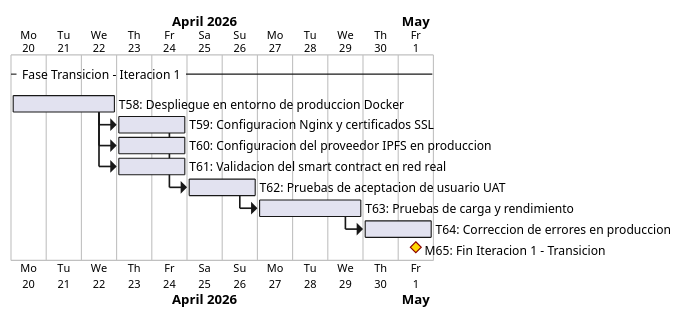
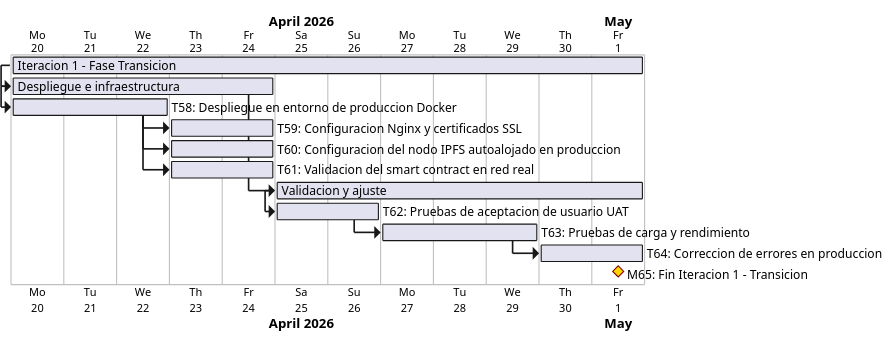
One commit to ErDeivih/DocumentChain changed the diagram in anexos/diagramas/gantt-trans1.puml. Above: the diagram before and after it, drawn with PlantUML. The commit also changed 214 other files, not shown here.

```diff
--- a/anexos/diagramas/gantt-trans1.puml
+++ b/anexos/diagramas/gantt-trans1.puml
@@ -1,19 +1,30 @@
 @startgantt
 skinparam backgroundColor White
-printscale daily zoom 2
+printscale daily zoom 3
 Project starts 2026-04-20
 
--- Fase Transicion - Iteracion 1 --
+[Iteracion 1 - Fase Transicion] lasts 12 days
+
+[Despliegue e infraestructura] lasts 5 days
+[Despliegue e infraestructura] starts at [Iteracion 1 - Fase Transicion]'s start
 [T58: Despliegue en entorno de produccion Docker] lasts 3 days
-then [T59: Configuracion Nginx y certificados SSL] lasts 2 days
-[T60: Configuracion del proveedor IPFS en produccion] lasts 2 days
-[T60: Configuracion del proveedor IPFS en produccion] starts at [T58: Despliegue en entorno de produccion Docker]'s end
+[T58: Despliegue en entorno de produccion Docker] starts at [Despliegue e infraestructura]'s start
+[T59: Configuracion Nginx y certificados SSL] lasts 2 days
+[T59: Configuracion Nginx y certificados SSL] starts at [T58: Despliegue en entorno de produccion Docker]'s end
+[T60: Configuracion del nodo IPFS autoalojado en produccion] lasts 2 days
+[T60: Configuracion del nodo IPFS autoalojado en produccion] starts at [T58: Despliegue en entorno de produccion Docker]'s end
 [T61: Validacion del smart contract en red real] lasts 2 days
 [T61: Validacion del smart contract en red real] starts at [T58: Despliegue en entorno de produccion Docker]'s end
+
+[Validacion y ajuste] lasts 7 days
+[Validacion y ajuste] starts at [Despliegue e infraestructura]'s end
 [T62: Pruebas de aceptacion de usuario UAT] lasts 2 days
-[T62: Pruebas de aceptacion de usuario UAT] starts at [T59: Configuracion Nginx y certificados SSL]'s end
-then [T63: Pruebas de carga y rendimiento] lasts 3 days
-then [T64: Correccion de errores en produccion] lasts 2 days
-[M65: Fin Iteracion 1 - Transicion] happens at [T64: Correccion de errores en produccion]'s end
+[T62: Pruebas de aceptacion de usuario UAT] starts at [Validacion y ajuste]'s start
+[T63: Pruebas de carga y rendimiento] lasts 3 days
+[T63: Pruebas de carga y rendimiento] starts at [T62: Pruebas de aceptacion de usuario UAT]'s end
+[T64: Correccion de errores en produccion] lasts 2 days
+[T64: Correccion de errores en produccion] starts at [T63: Pruebas de carga y rendimiento]'s end
+
+[M65: Fin Iteracion 1 - Transicion] happens at [Iteracion 1 - Fase Transicion]'s end
 [M65: Fin Iteracion 1 - Transicion] is colored in Gold/DarkRed
 @endgantt
```
